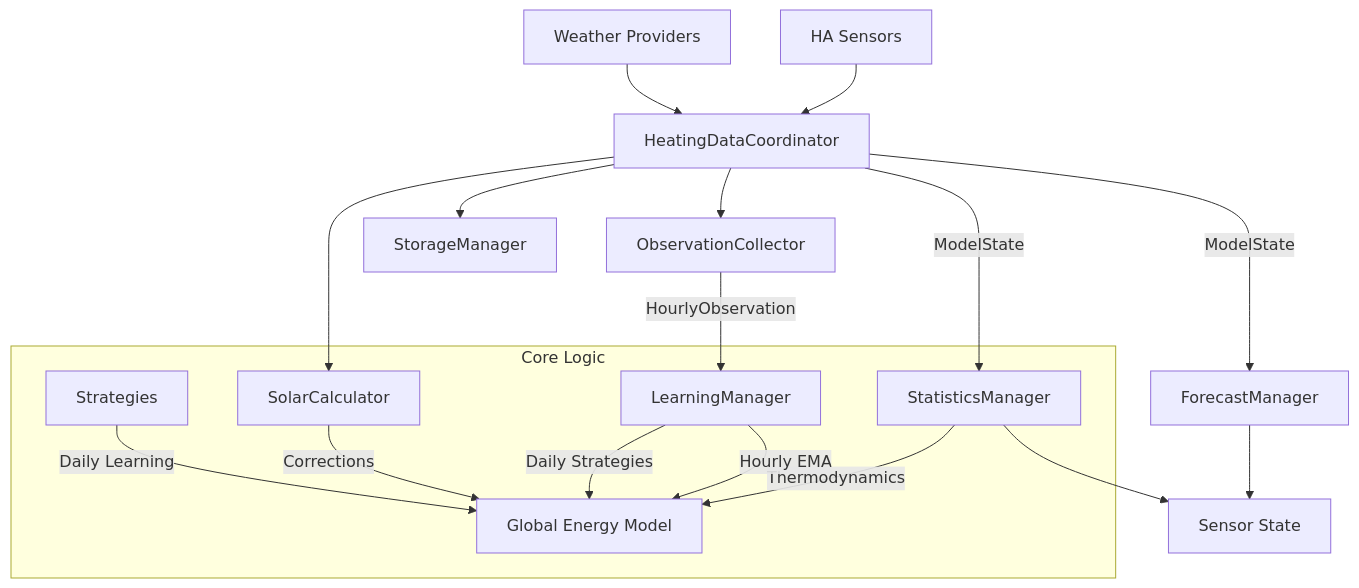
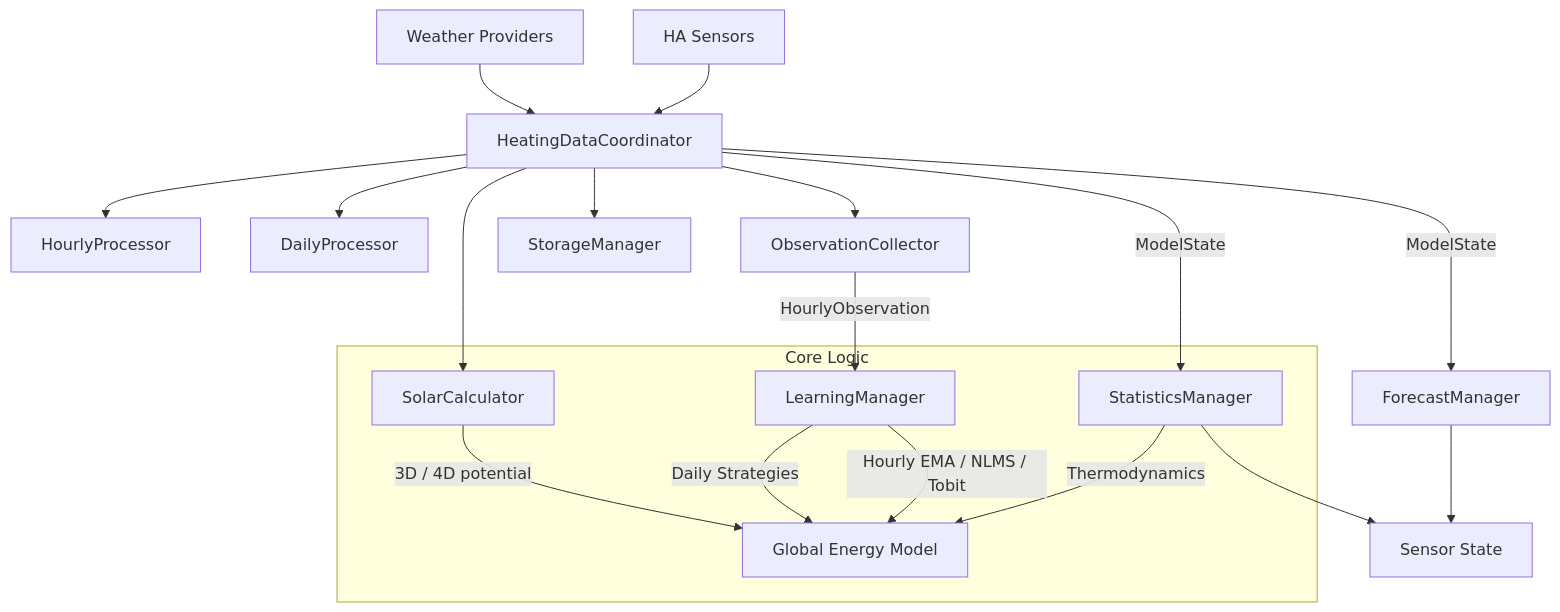
One commit to thuemah/heating_analytics changed the diagram in DESIGN.md. Above: the diagram before and after it, drawn with Mermaid. The commit also changed other lines of this file and 61 other files, not shown here.

````diff
--- a/DESIGN.md
+++ b/DESIGN.md
@@ -9,23 +9,24 @@
 ```mermaid
 graph TD
     Sensors[HA Sensors] --> Coordinator
     Weather[Weather Providers] --> Coordinator
 
-    Coordinator[HeatingDataCoordinator] --> Collector[ObservationCollector]
+    Coordinator[HeatingDataCoordinator] --> Hourly[HourlyProcessor]
+    Coordinator --> Daily[DailyProcessor]
+    Coordinator --> Collector[ObservationCollector]
     Collector -- "HourlyObservation" --> Learning[LearningManager]
     Coordinator -- "ModelState" --> Statistics[StatisticsManager]
     Coordinator -- "ModelState" --> Forecast[ForecastManager]
     Coordinator --> Solar[SolarCalculator]
     Coordinator --> Storage[StorageManager]
 
     Statistics --> Output[Sensor State]
     Forecast --> Output
 
     subgraph "Core Logic"
     Statistics -- "Thermodynamics" --> Model[Global Energy Model]
-    Learning -- "Hourly EMA" --> Model
+    Learning -- "Hourly EMA / NLMS / Tobit" --> Model
     Learning -- "Daily Strategies" --> Model
-    Solar -- "Corrections" --> Model
-    Strategies -- "Daily Learning" --> Model
+    Solar -- "3D / 4D potential" --> Model
     end
 ```
````
